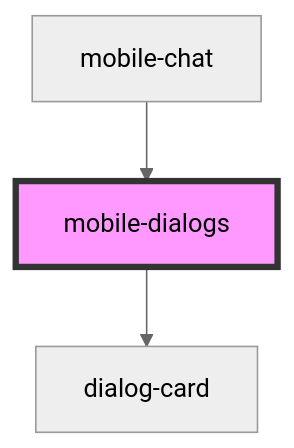
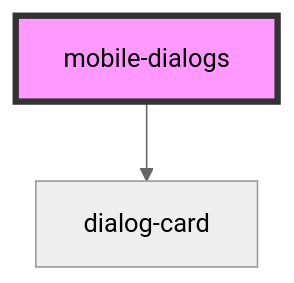
One commit to saqhan/stencil-chat changed the diagram in src/components/mobile/mobile-chat/res/view/mobile-dialogs/readme.md. Above: the diagram before and after it, drawn with Mermaid (neutral theme). The commit also changed other lines of this file and 21 other files, not shown here.

````diff
--- a/src/components/mobile/mobile-chat/res/view/mobile-dialogs/readme.md
+++ b/src/components/mobile/mobile-chat/res/view/mobile-dialogs/readme.md
@@ -35,6 +31,5 @@
 ```mermaid
 graph TD;
   mobile-dialogs --> dialog-card
-  mobile-chat --> mobile-dialogs
   style mobile-dialogs fill:#f9f,stroke:#333,stroke-width:4px
 ```
````
